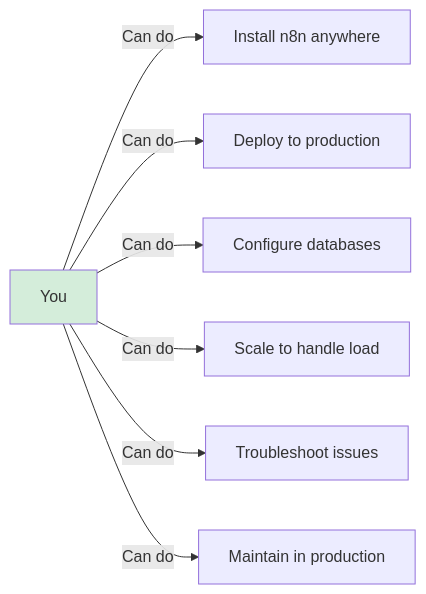
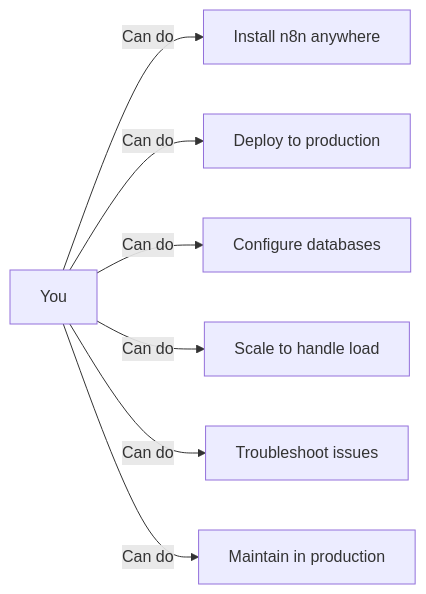
The seventh of 7 diagrams in lessons/01-foundations/theory/05-using-vs-implementing.md (wtoloza-dev/ZTH-n8n-Engineer), drawn with Mermaid before and after one commit. The commit also changed other lines of this file and 31 other files, not shown here.

````diff
--- a/lessons/01-foundations/theory/05-using-vs-implementing.md
+++ b/lessons/01-foundations/theory/05-using-vs-implementing.md
@@ -320,11 +312,10 @@
 ```mermaid
 graph LR
     A[You] -->|Can do| B[Install n8n anywhere]
     A -->|Can do| C[Deploy to production]
     A -->|Can do| D[Configure databases]
     A -->|Can do| E[Scale to handle load]
     A -->|Can do| F[Troubleshoot issues]
     A -->|Can do| G[Maintain in production]
     
-    style A fill:#d4edda
 ```
````
